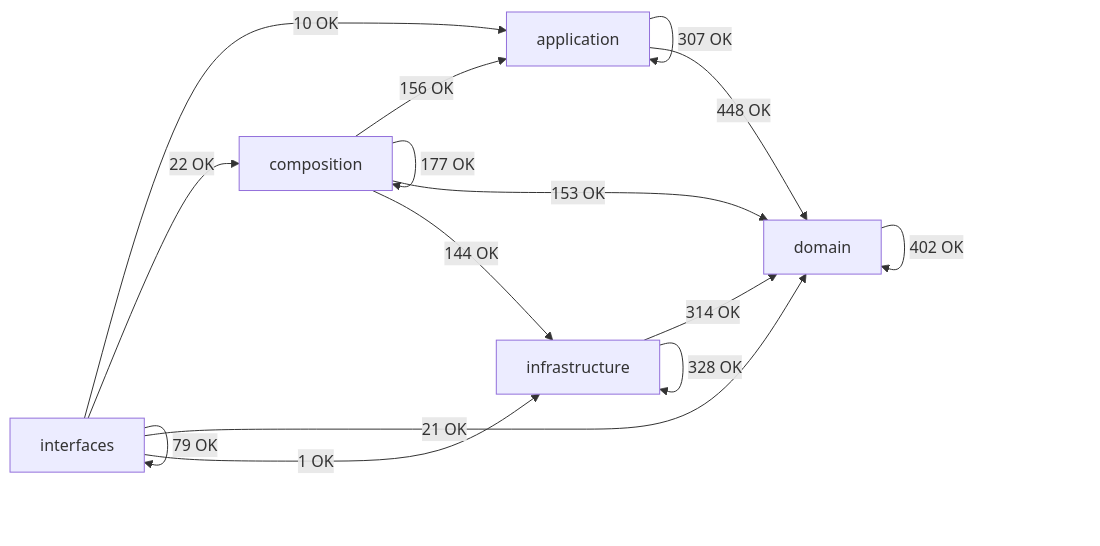
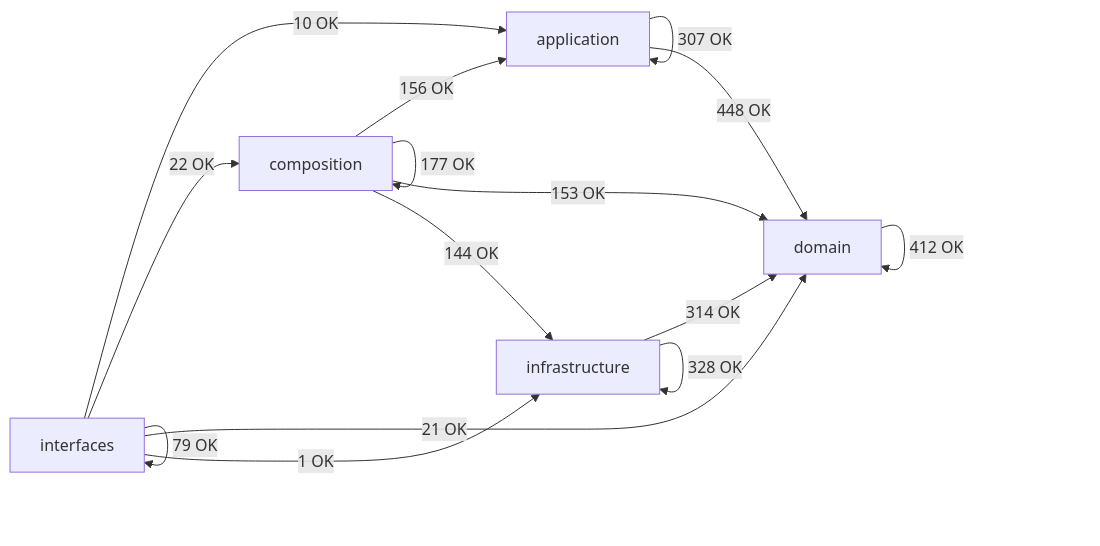
Before and after one commit to SatoryKono/BioactivityDataAcquisition: the diagram in docs/02-architecture/generated/module-dependency-map.md, drawn with Mermaid. The commit also changed other lines of this file and 9 other files, not shown here.

````diff
--- a/docs/02-architecture/generated/module-dependency-map.md
+++ b/docs/02-architecture/generated/module-dependency-map.md
@@ -15,22 +15,22 @@
 ```mermaid
 flowchart LR
     domain[domain]
     application[application]
     infrastructure[infrastructure]
     composition[composition]
     interfaces[interfaces]
     application -->|307 OK| application
     application -->|448 OK| domain
     composition -->|156 OK| application
     composition -->|177 OK| composition
     composition -->|153 OK| domain
     composition -->|144 OK| infrastructure
-    domain -->|402 OK| domain
+    domain -->|412 OK| domain
     infrastructure -->|314 OK| domain
     infrastructure -->|328 OK| infrastructure
     interfaces -->|10 OK| application
     interfaces -->|22 OK| composition
     interfaces -->|21 OK| domain
     interfaces -->|1 OK| infrastructure
     interfaces -->|79 OK| interfaces
 ```
````
